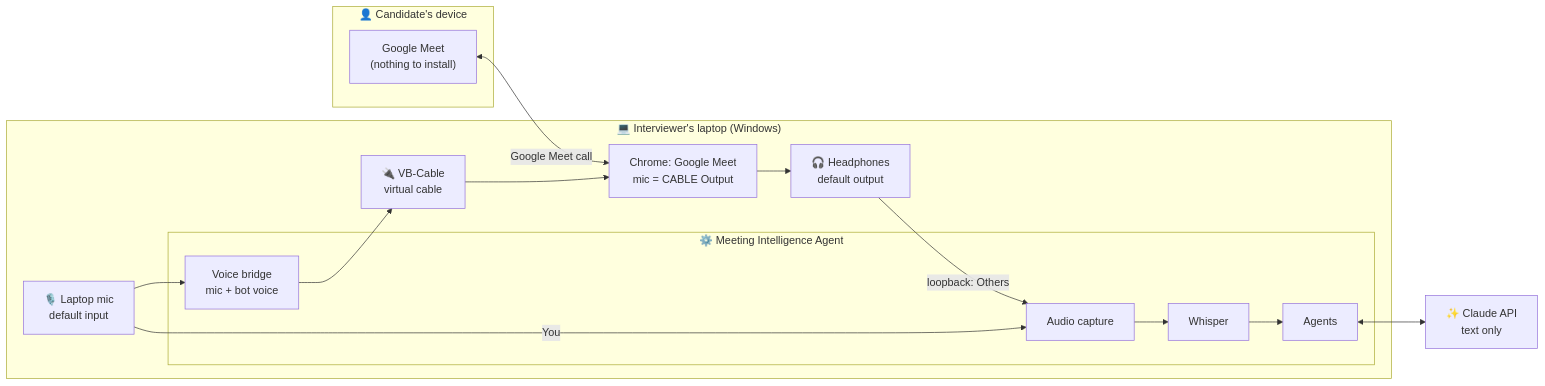
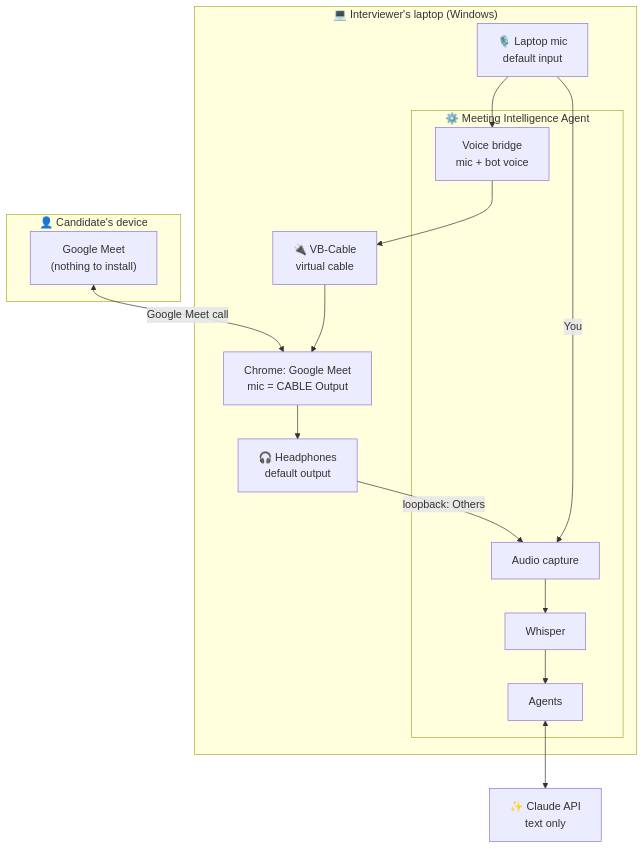
The second of 4 diagrams in README.md (deven1003/meeting-intelligence-agent-showcase), drawn with Mermaid before and after one commit.

Commit message:
Use a top-down layout for the device diagram

````diff
--- a/README.md
+++ b/README.md
@@ -69,28 +69,28 @@
 ```mermaid
-flowchart LR
+flowchart TB
     subgraph Cand["👤 Candidate's device"]
         CM["Google Meet<br/>(nothing to install)"]
     end
     subgraph Laptop["💻 Interviewer's laptop (Windows)"]
         CH["Chrome: Google Meet<br/>mic = CABLE Output"]
         EB["🎧 Headphones<br/>default output"]
         MIC["🎙️ Laptop mic<br/>default input"]
         VB["🔌 VB-Cable<br/>virtual cable"]
         subgraph App["⚙️ Meeting Intelligence Agent"]
             CAP["Audio capture"]
             ASR["Whisper"]
             AG["Agents"]
             BR["Voice bridge<br/>mic + bot voice"]
         end
     end
     CL["✨ Claude API<br/>text only"]
 
     CM <--> |"Google Meet call"| CH
     CH --> EB
     EB -- "loopback: Others" --> CAP
     MIC -- "You" --> CAP
     MIC --> BR
     BR --> VB --> CH
     CAP --> ASR --> AG
     AG <--> CL
 ```
````
